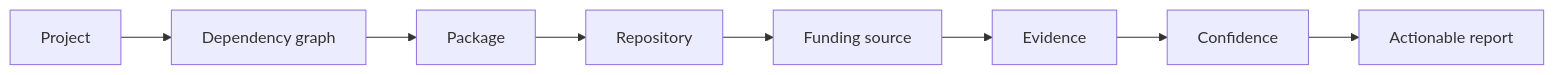
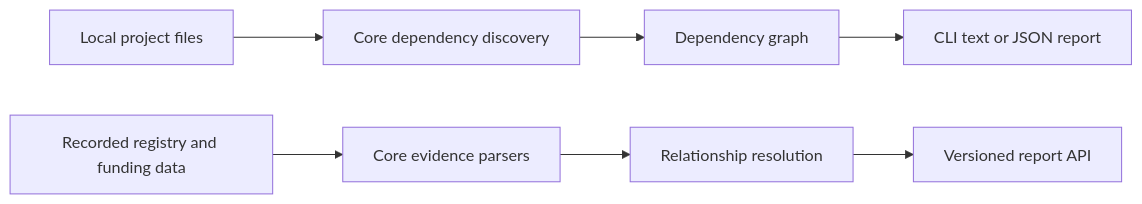
Before and after one commit to FundGraph/fundgraph: the diagram in README.md, drawn with Mermaid. The commit also changed other lines of this file and 4 other files, not shown here.

Commit message:
docs: polish project repository presentation

````diff
--- a/README.md
+++ b/README.md
@@ -27,10 +33,9 @@
 ```mermaid
 flowchart LR
-  P[Project] --> G[Dependency graph]
-  G --> K[Package]
-  K --> R[Repository]
-  R --> F[Funding source]
-  F --> E[Evidence]
-  E --> C[Confidence]
-  C --> O[Actionable report]
+  A[Local project files] --> B[Core dependency discovery]
+  B --> C[Dependency graph]
+  C --> D[CLI text or JSON report]
+  E[Recorded registry and funding data] --> F[Core evidence parsers]
+  F --> G[Relationship resolution]
+  G --> H[Versioned report API]
 ```
````
